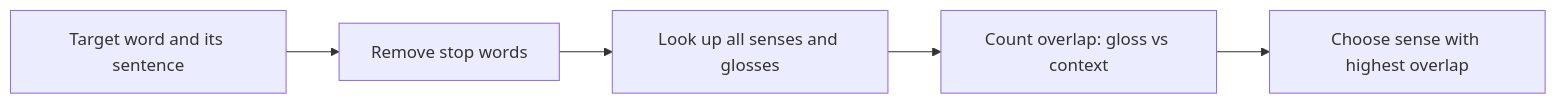
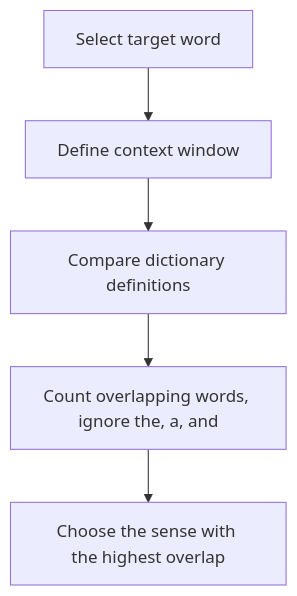
One commit to TrendySloth1001/sem-seven-notes changed the diagram in content/natural-language-processing/pyq/2023-12-ce/q4a.mdx. Above: the diagram before and after it, drawn with Mermaid. The commit also changed other lines of this file and 406 other files, not shown here.

````diff
--- a/content/natural-language-processing/pyq/2023-12-ce/q4a.mdx
+++ b/content/natural-language-processing/pyq/2023-12-ce/q4a.mdx
@@ -16,8 +57,8 @@
 ```mermaid
-%% caption: Lesk compares the context with each sense gloss and picks the sense with the largest word overlap.
-flowchart LR
-  A["Target word and its sentence"] --> B["Remove stop words"]
-  B --> C["Look up all senses and glosses"]
-  C --> D["Count overlap: gloss vs context"]
-  D --> E["Choose sense with highest overlap"]
+%% caption: The Lesk algorithm as a flow.
+flowchart TD
+  A["Select target word"] --> B["Define context window"]
+  B --> C["Compare dictionary definitions"]
+  C --> D["Count overlapping words, ignore the, a, and"]
+  D --> E["Choose the sense with the highest overlap"]
 ```
````
